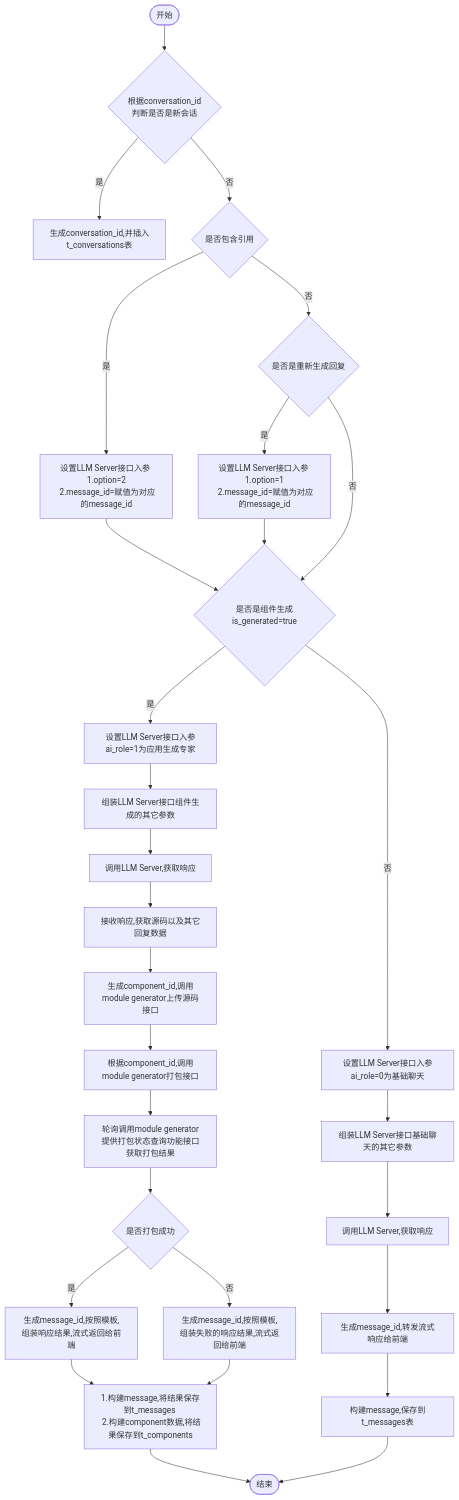
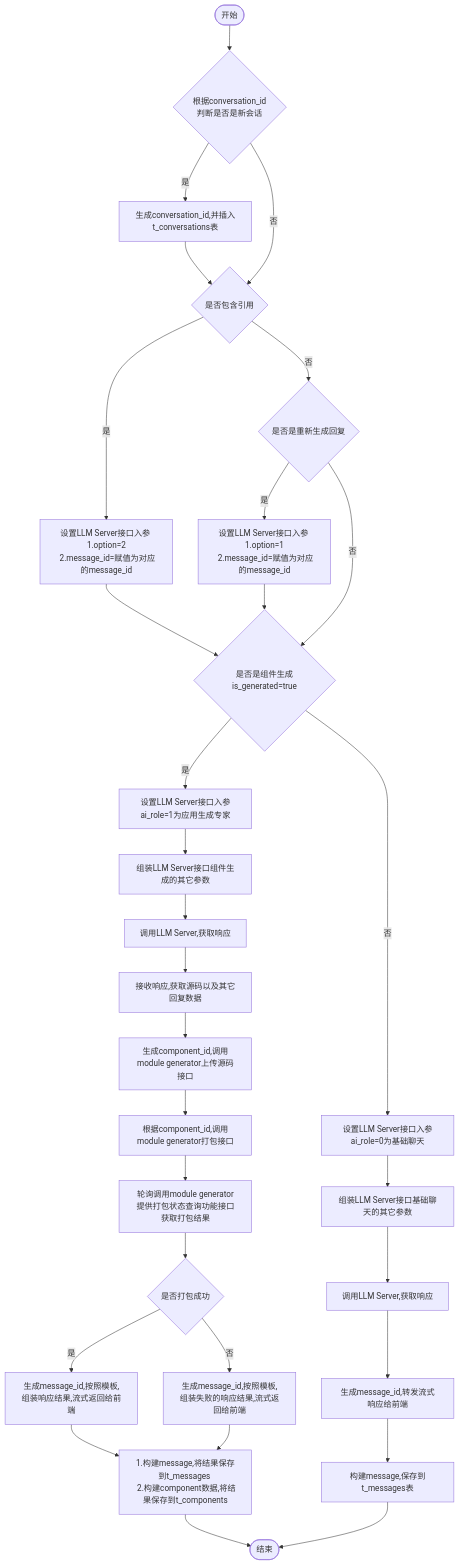
One commit to yingjianzh/iodraw-files changed the diagram in all/w3-会话-不需要传递message.md. Above: the diagram before and after it, drawn with Mermaid.

Commit message:
2024-10-14 11:14:32 update

````diff
--- a/all/w3-会话-不需要传递message.md
+++ b/all/w3-会话-不需要传递message.md
@@ -1,36 +1,36 @@
 ```mermaid
 flowchart TD
     A([开始]) --> B{根据conversation_id \n 判断是否是新会话}
     B -- 是 --> C[生成conversation_id,并插入t_conversations表]
-    C 
+    C --> D
     B -- 否 --> D{是否包含引用}
     D -- 是 --> E[设置LLM Server接口入参 \n 1.option=2 \n 2.message_id=赋值为对应的message_id]
     D -- 否 --> F{是否是重新生成回复}
     F -- 是 --> G[设置LLM Server接口入参 \n 1.option=1 \n 2.message_id=赋值为对应的message_id]
     F -- 否 --> I
      
     E & G --> I{是否是组件生成is_generated=true}
     I -- 是 --> J[设置LLM Server接口入参ai_role=1为应用生成专家]
     I -- 否 --> K[设置LLM Server接口入参ai_role=0为基础聊天]
 
 
     J --> L[组装LLM Server接口组件生成的其它参数]    
     K --> M[组装LLM Server接口基础聊天的其它参数]    
     M --> N[调用LLM Server,获取响应]    
     N --> O[生成message_id,转发流式响应给前端]
     O --> P[构建message,保存到t_messages表]
     P --> R([结束])
 
 
     L --> S[调用LLM Server,获取响应]
     S --> T[接收响应,获取源码以及其它回复数据]
     T --> U[生成component_id,调用module generator上传源码接口]
     U --> V[根据component_id,调用module generator打包接口]
     V --> W[轮询调用module generator提供打包状态查询功能接口获取打包结果]
     W --> X{是否打包成功}
     X -- 是 --> Y[生成message_id,按照模板,组装响应结果,流式返回给前端]
     X -- 否 --> Z[生成message_id,按照模板,组装失败的响应结果,流式返回给前端]
 
     Y & Z --> Result[1.构建message,将结果保存到t_messages \n 2.构建component数据,将结果保存到t_components]
     Result --> R
 ```
````
